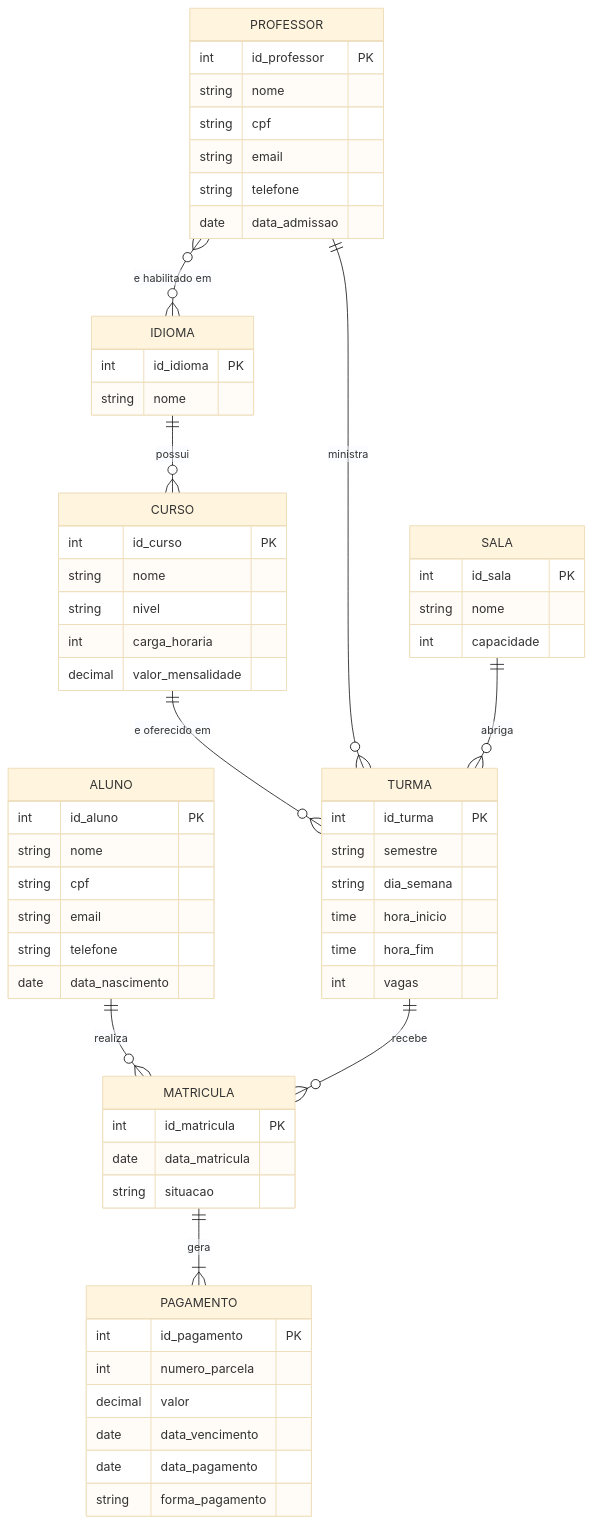
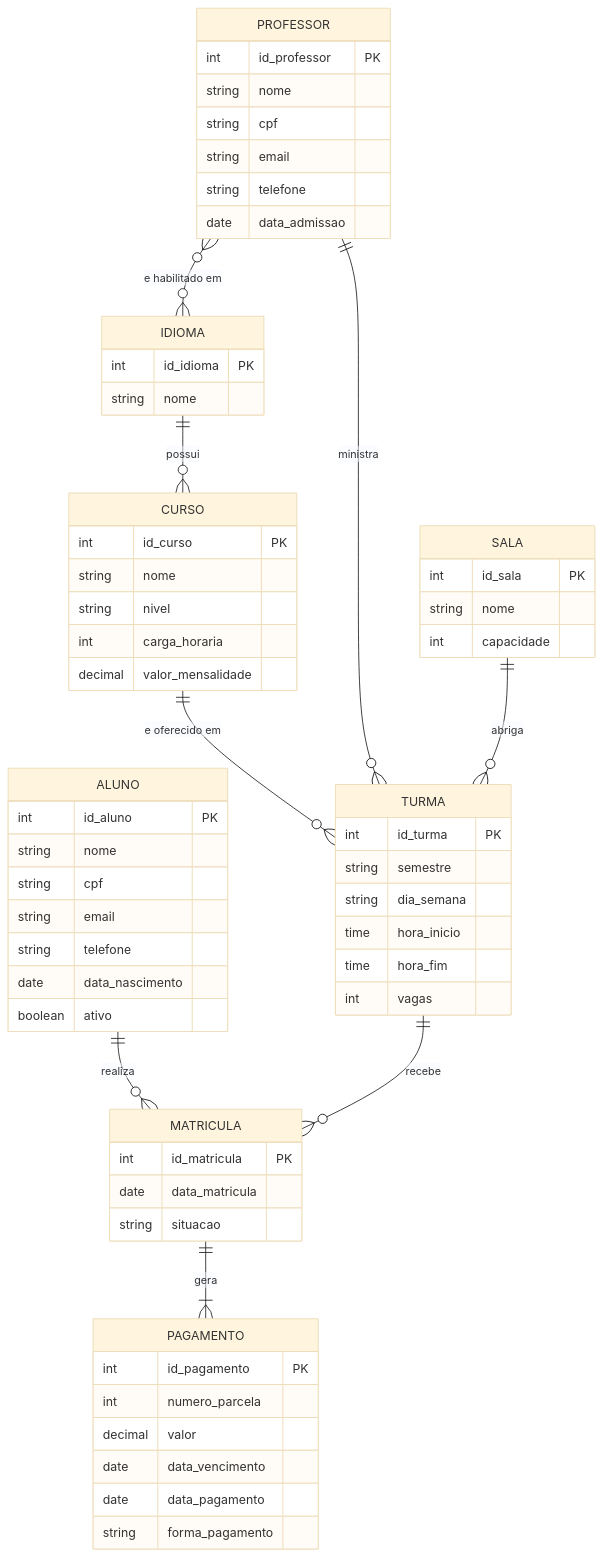
Before and after one commit to ArthurVenturaza/A3-banco-de-dados: the diagram in docs/02-der.md, drawn with Mermaid (base theme). The commit also changed other lines of this file, not shown here.

````diff
--- a/docs/02-der.md
+++ b/docs/02-der.md
@@ -3,49 +6,50 @@
 ```mermaid
 erDiagram
     IDIOMA ||--o{ CURSO : "possui"
     CURSO ||--o{ TURMA : "e oferecido em"
     PROFESSOR ||--o{ TURMA : "ministra"
     SALA ||--o{ TURMA : "abriga"
     PROFESSOR }o--o{ IDIOMA : "e habilitado em"
     ALUNO ||--o{ MATRICULA : "realiza"
     TURMA ||--o{ MATRICULA : "recebe"
     MATRICULA ||--|{ PAGAMENTO : "gera"
 
     IDIOMA { int id_idioma PK
              string nome }
     CURSO { int id_curso PK
             string nome
             string nivel
             int carga_horaria
             decimal valor_mensalidade }
     PROFESSOR { int id_professor PK
                 string nome
                 string cpf
                 string email
                 string telefone
                 date data_admissao }
     SALA { int id_sala PK
            string nome
            int capacidade }
     TURMA { int id_turma PK
             string semestre
             string dia_semana
             time hora_inicio
             time hora_fim
             int vagas }
     ALUNO { int id_aluno PK
             string nome
             string cpf
             string email
             string telefone
-            date data_nascimento }
+            date data_nascimento
+            boolean ativo }
     MATRICULA { int id_matricula PK
                 date data_matricula
                 string situacao }
     PAGAMENTO { int id_pagamento PK
                 int numero_parcela
                 decimal valor
                 date data_vencimento
                 date data_pagamento
                 string forma_pagamento }
 ```
````
